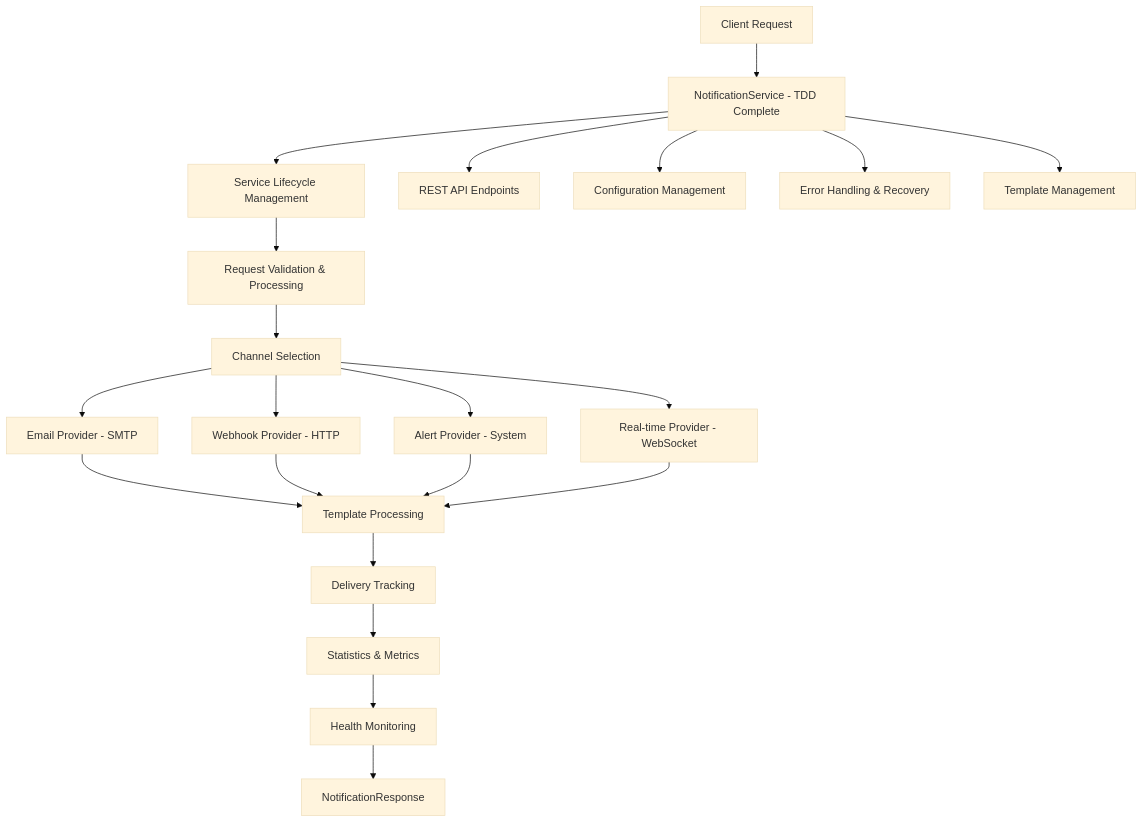
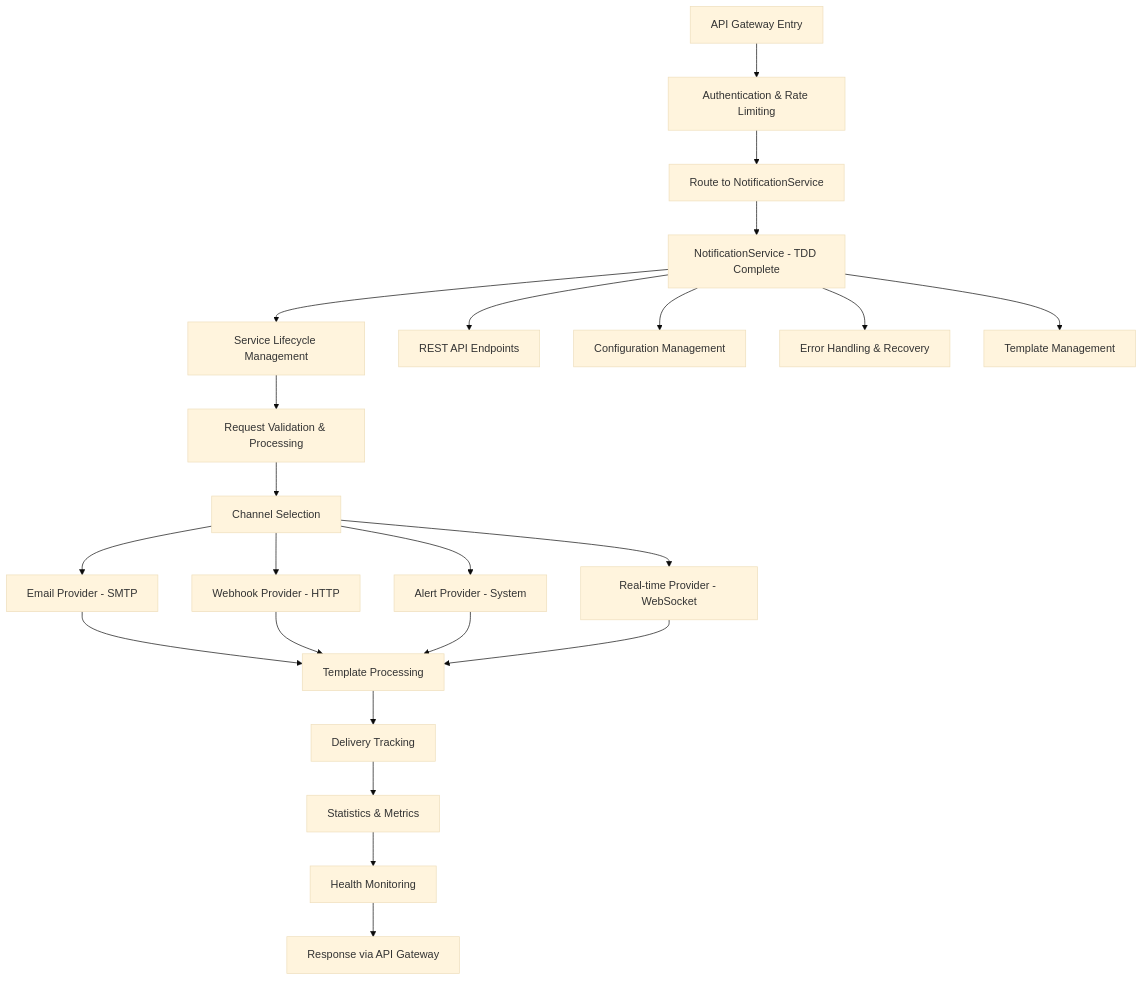
Before and after one commit to kevin-toles/tpm-job-finder-poc: the sixth of 12 diagrams in docs/architecture/SYSTEM_ARCHITECTURE_WORKFLOWS.md, drawn with Mermaid (base theme). The commit also changed other lines of this file and 29 other files, not shown here.

First line of the commit message:
feat: Add API Gateway service with comprehensive documentation updates

````diff
--- a/docs/architecture/SYSTEM_ARCHITECTURE_WORKFLOWS.md
+++ b/docs/architecture/SYSTEM_ARCHITECTURE_WORKFLOWS.md
@@ -522,24 +757,26 @@
 ```mermaid
 graph TD
-    A[Client Request] --> B[NotificationService - TDD Complete]
-    B --> C[Service Lifecycle Management]
-    C --> D[Request Validation & Processing]
-    D --> E[Channel Selection]
-    E --> F[Email Provider - SMTP]
-    E --> G[Webhook Provider - HTTP]
-    E --> H[Alert Provider - System]
-    E --> I[Real-time Provider - WebSocket]
-    F --> J[Template Processing]
-    G --> J
-    H --> J
-    I --> J
-    J --> K[Delivery Tracking]
-    K --> L[Statistics & Metrics]
-    L --> M[Health Monitoring]
-    M --> N[NotificationResponse]
+    A[API Gateway Entry] --> B[Authentication & Rate Limiting]
+    B --> C[Route to NotificationService]
+    C --> D[NotificationService - TDD Complete]
+    D --> E[Service Lifecycle Management]
+    E --> F[Request Validation & Processing]
+    F --> G[Channel Selection]
+    G --> H[Email Provider - SMTP]
+    G --> I[Webhook Provider - HTTP]
+    G --> J[Alert Provider - System]
+    G --> K[Real-time Provider - WebSocket]
+    H --> L[Template Processing]
+    I --> L
+    J --> L
+    K --> L
+    L --> M[Delivery Tracking]
+    M --> N[Statistics & Metrics]
+    N --> O[Health Monitoring]
+    O --> P[Response via API Gateway]
     
-    B --> O[REST API Endpoints]
-    B --> P[Configuration Management]
-    B --> Q[Error Handling & Recovery]
-    B --> R[Template Management]
+    D --> Q[REST API Endpoints]
+    D --> R[Configuration Management]
+    D --> S[Error Handling & Recovery]
+    D --> T[Template Management]
 ```
````
